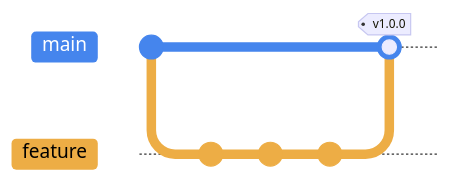
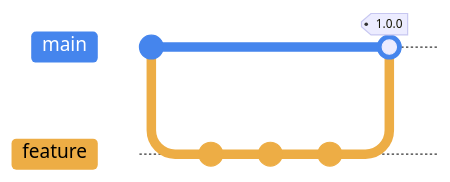
The diagram in README.md (companieshouse/physical-media-backup-terraform), drawn with Mermaid before and after one commit. Commit ids are hidden.

Commit message:
Remove tag prefix

````diff
--- a/README.md
+++ b/README.md
@@ -15,14 +15,14 @@
 ```mermaid
 %%{init: { 'logLevel': 'debug', 'theme': 'default' , 'themeVariables': {
     'git0': '#4585ed',
     'git1': '#edad45'
 } } }%%
 gitGraph
 commit
 branch feature
 commit
 commit
 commit
 checkout main
-merge feature tag: "v1.0.0"
+merge feature tag: "1.0.0"
 ```
````
